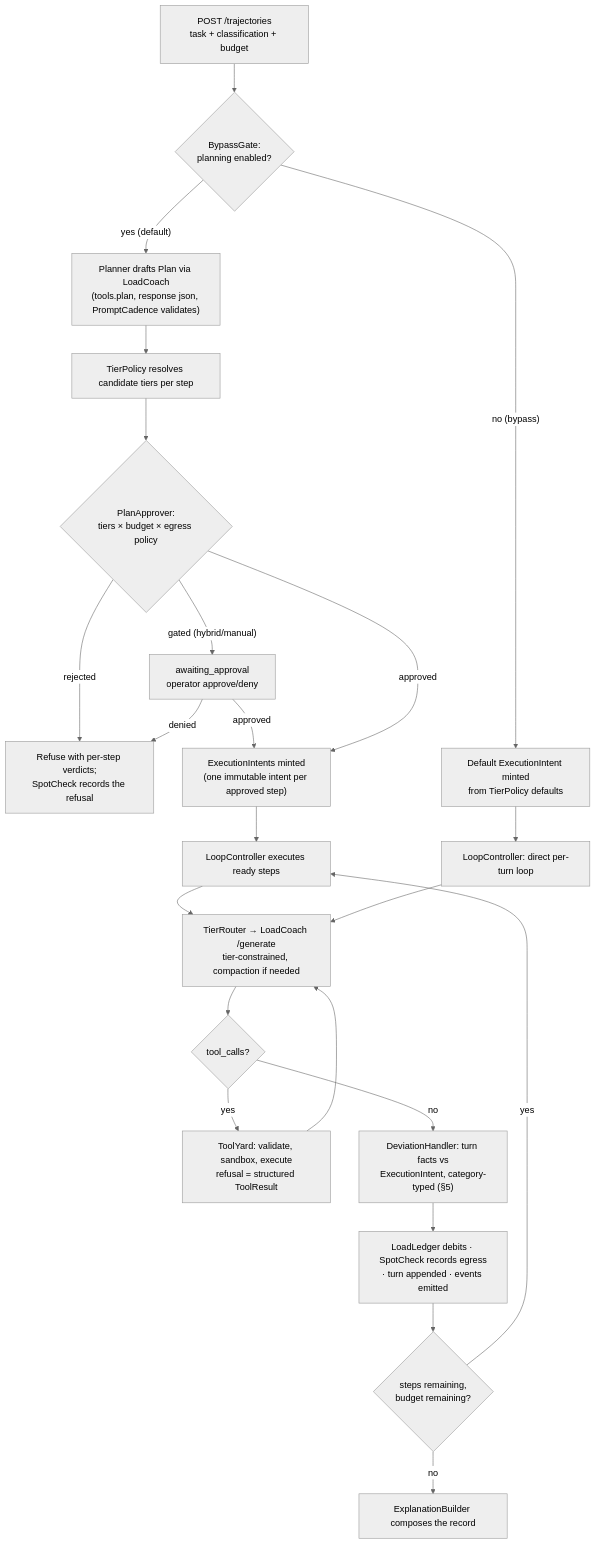
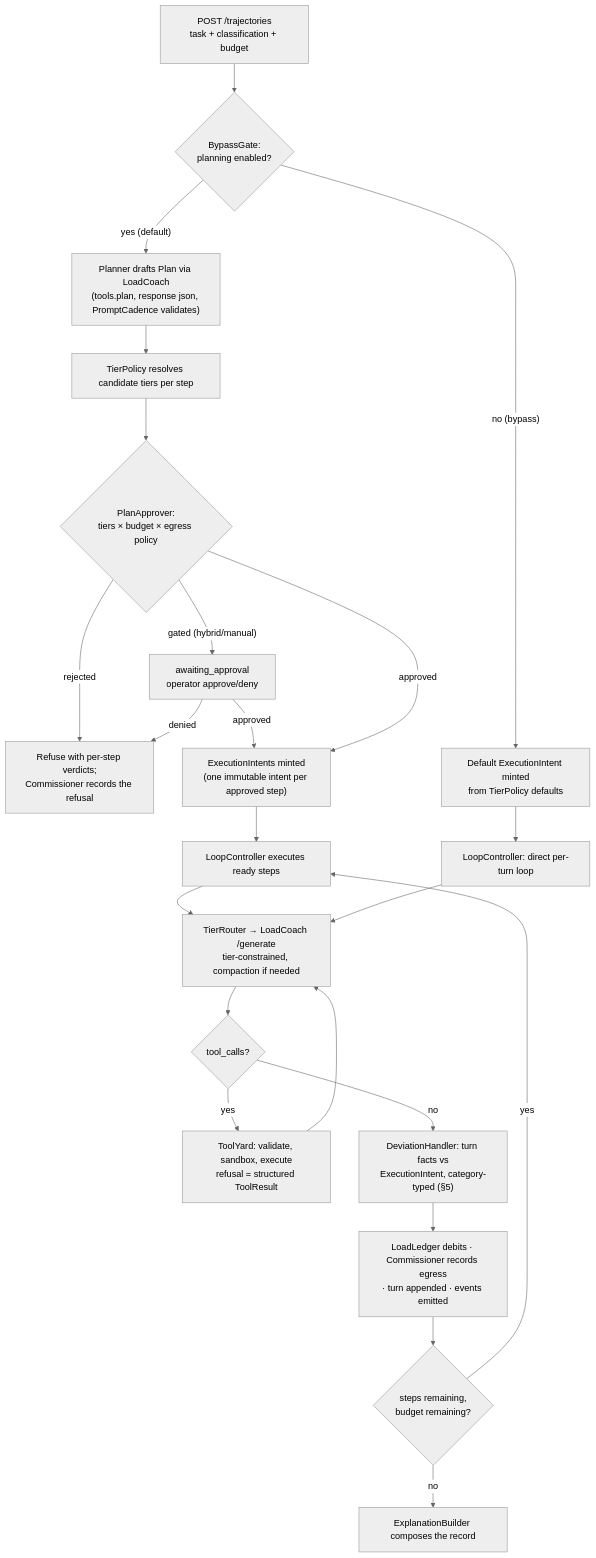
One commit to JPKell/OpenWeight-Gym changed the first of 2 diagrams in apps/promptcadence/lifecycle.md. Above: the diagram before and after it, drawn with Mermaid (neutral theme). The commit also changed 26 other files, not shown here.

First line of the commit message:
refactor(commissioner): rename SpotCheck to Commissioner throughout

````diff
--- a/apps/promptcadence/lifecycle.md
+++ b/apps/promptcadence/lifecycle.md
@@ -14,25 +14,25 @@
 ```mermaid
 graph TD
     R["POST /trajectories<br/>task + classification + budget"] --> BG{"BypassGate:<br/>planning enabled?"}
     BG -- "yes (default)" --> PL["Planner drafts Plan via LoadCoach<br/>(tools.plan, response json, PromptCadence validates)"]
     PL --> TP["TierPolicy resolves candidate tiers per step"]
     TP --> PA{"PlanApprover:<br/>tiers × budget × egress policy"}
-    PA -- rejected --> RF["Refuse with per-step verdicts;<br/>SpotCheck records the refusal"]
+    PA -- rejected --> RF["Refuse with per-step verdicts;<br/>Commissioner records the refusal"]
     PA -- "gated (hybrid/manual)" --> HW["awaiting_approval<br/>operator approve/deny"]
     HW -- approved --> MI
     HW -- denied --> RF
     PA -- approved --> MI["ExecutionIntents minted<br/>(one immutable intent per approved step)"]
     MI --> LC["LoopController executes ready steps"]
     BG -- "no (bypass)" --> MI2["Default ExecutionIntent minted<br/>from TierPolicy defaults"]
     MI2 --> LC2["LoopController: direct per-turn loop"]
     LC --> TR["TierRouter → LoadCoach /generate<br/>tier-constrained, compaction if needed"]
     LC2 --> TR
     TR --> TC{"tool_calls?"}
     TC -- yes --> TY["ToolYard: validate, sandbox, execute<br/>refusal = structured ToolResult"]
     TY --> TR
     TC -- no --> DH["DeviationHandler: turn facts vs<br/>ExecutionIntent, category-typed (§5)"]
-    DH --> GA["LoadLedger debits · SpotCheck records egress<br/>· turn appended · events emitted"]
+    DH --> GA["LoadLedger debits · Commissioner records egress<br/>· turn appended · events emitted"]
     GA --> MORE{"steps remaining,<br/>budget remaining?"}
     MORE -- yes --> LC
     MORE -- no --> EX["ExplanationBuilder composes the record"]
 ```
````
